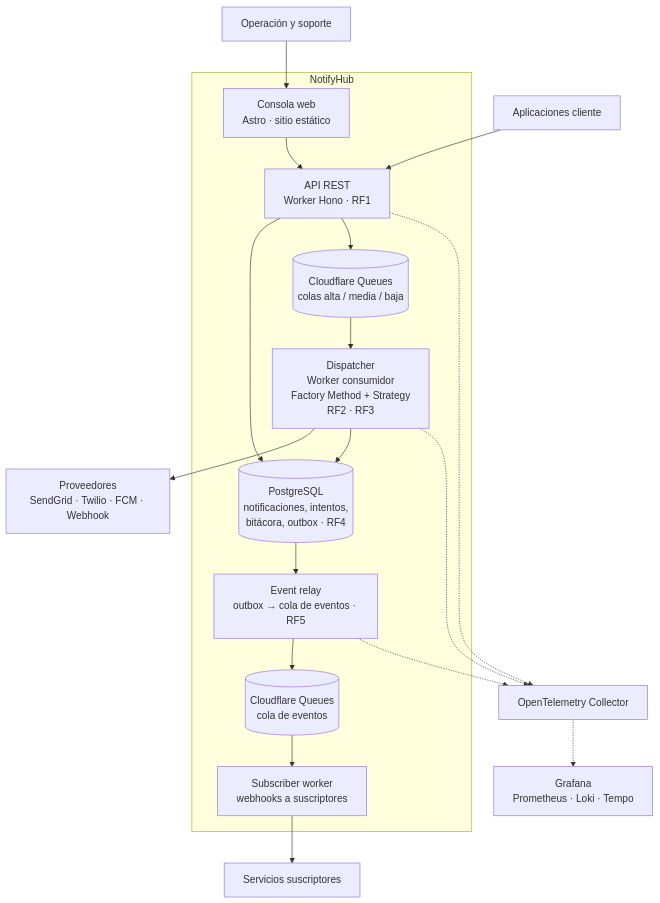
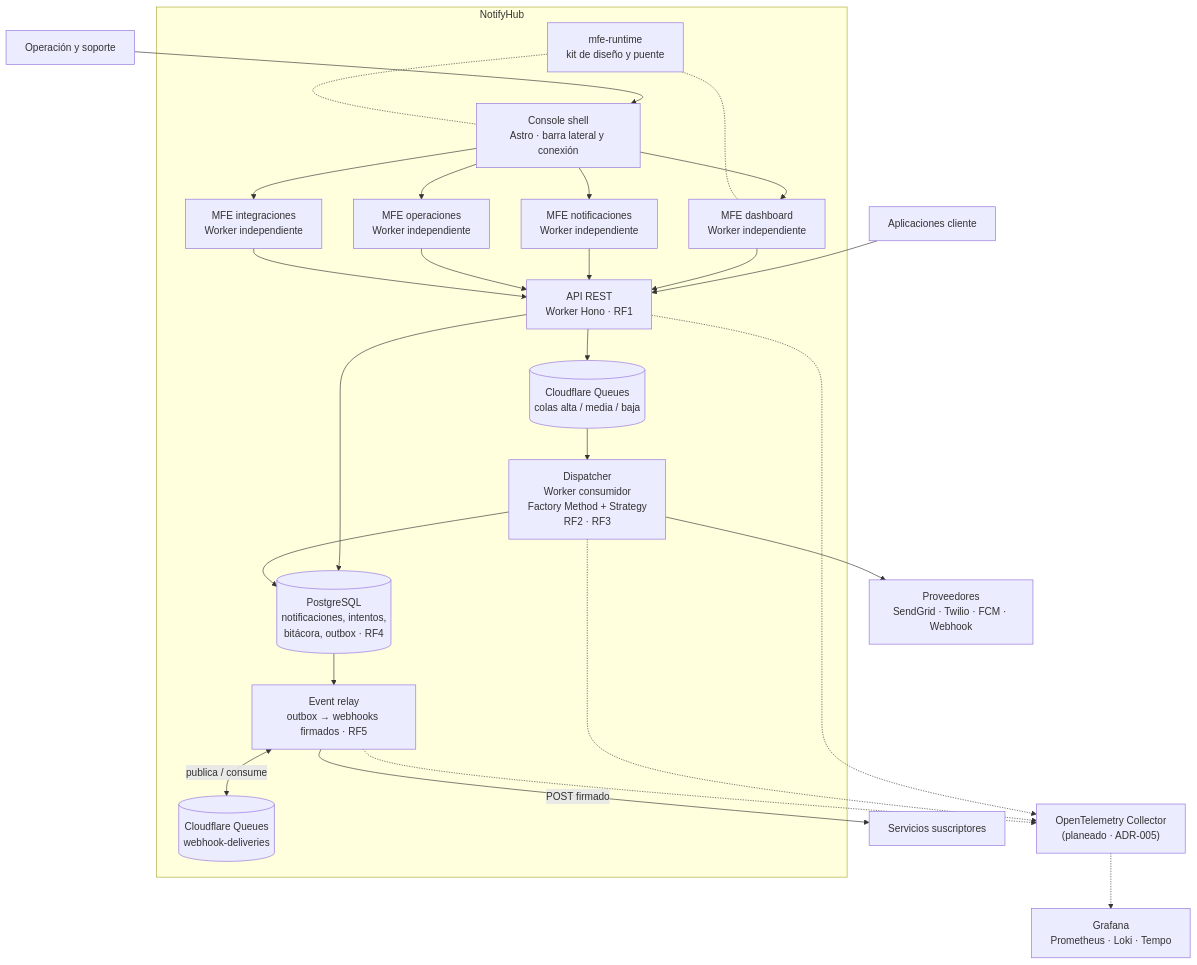
The diagram in docs/diagrams/02-contenedores.mmd (joseraulsoriano/notifyhub), drawn with Mermaid before and after one commit. The commit also changed 31 other files, not shown here.

```diff
--- a/docs/diagrams/02-contenedores.mmd
+++ b/docs/diagrams/02-contenedores.mmd
@@ -1,33 +1,45 @@
 flowchart TB
   cli["Aplicaciones cliente"]
   ops["Operación y soporte"]
   subgraph NH["NotifyHub"]
-    con["Consola web<br/>Astro · sitio estático"]
+    kit["mfe-runtime<br/>kit de diseño y puente"]
+    shell["Console shell<br/>Astro · barra lateral y conexión"]
+    dash["MFE dashboard<br/>Worker independiente"]
+    notif["MFE notificaciones<br/>Worker independiente"]
+    opsmfe["MFE operaciones<br/>Worker independiente"]
+    integ["MFE integraciones<br/>Worker independiente"]
     api["API REST<br/>Worker Hono · RF1"]
     q[("Cloudflare Queues<br/>colas alta / media / baja")]
     disp["Dispatcher<br/>Worker consumidor<br/>Factory Method + Strategy<br/>RF2 · RF3"]
     db[("PostgreSQL<br/>notificaciones, intentos,<br/>bitácora, outbox · RF4")]
-    relay["Event relay<br/>outbox → cola de eventos · RF5"]
-    bus[("Cloudflare Queues<br/>cola de eventos")]
-    subw["Subscriber worker<br/>webhooks a suscriptores"]
+    relay["Event relay<br/>outbox → webhooks firmados · RF5"]
+    bus[("Cloudflare Queues<br/>webhook-deliveries")]
   end
   prov["Proveedores<br/>SendGrid · Twilio · FCM · Webhook"]
   subs["Servicios suscriptores"]
-  otel["OpenTelemetry Collector"]
+  otel["OpenTelemetry Collector<br/>(planeado · ADR-005)"]
   graf["Grafana<br/>Prometheus · Loki · Tempo"]
   cli --> api
-  ops --> con
-  con --> api
+  ops --> shell
+  shell --> dash
+  shell --> notif
+  shell --> opsmfe
+  shell --> integ
+  dash --> api
+  notif --> api
+  opsmfe --> api
+  integ --> api
+  kit -.- shell
+  kit -.- dash
   api --> db
   api --> q
   q --> disp
   disp --> prov
   disp --> db
   db --> relay
-  relay --> bus
-  bus --> subw
-  subw --> subs
+  relay <-->|publica / consume| bus
+  relay -->|POST firmado| subs
   api -.-> otel
   disp -.-> otel
   relay -.-> otel
   otel -.-> graf
```
